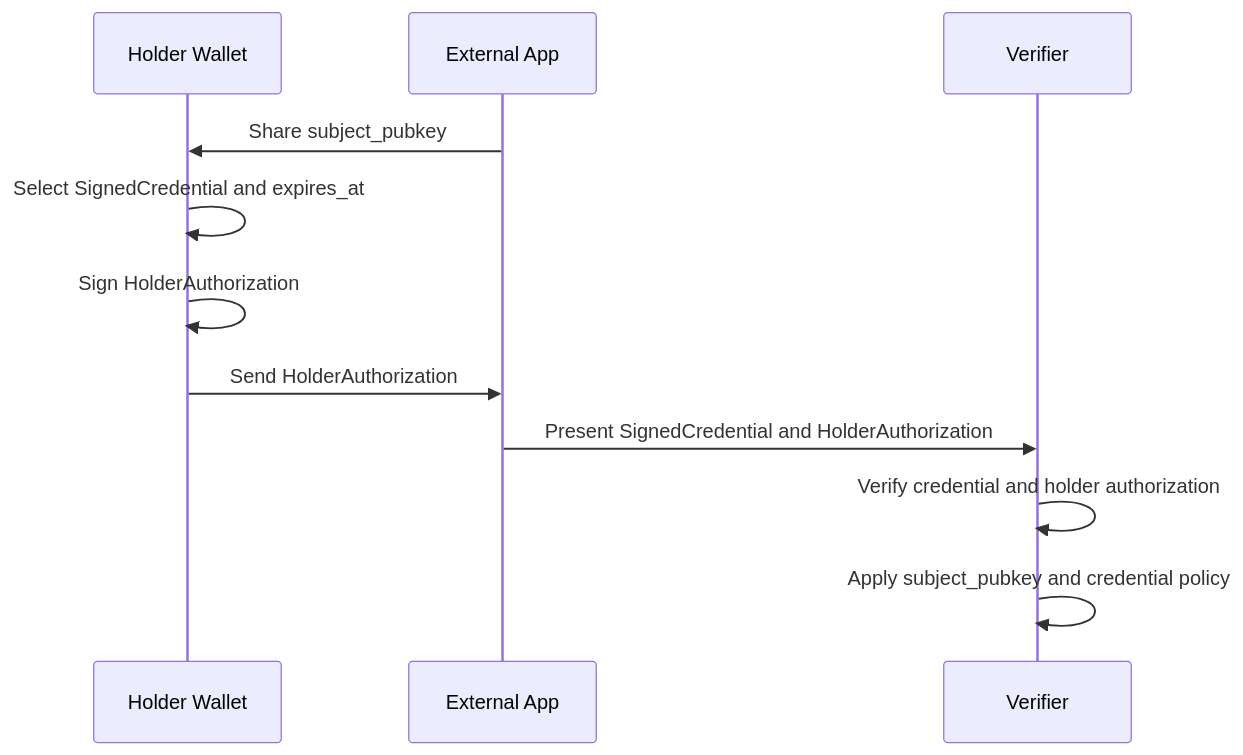
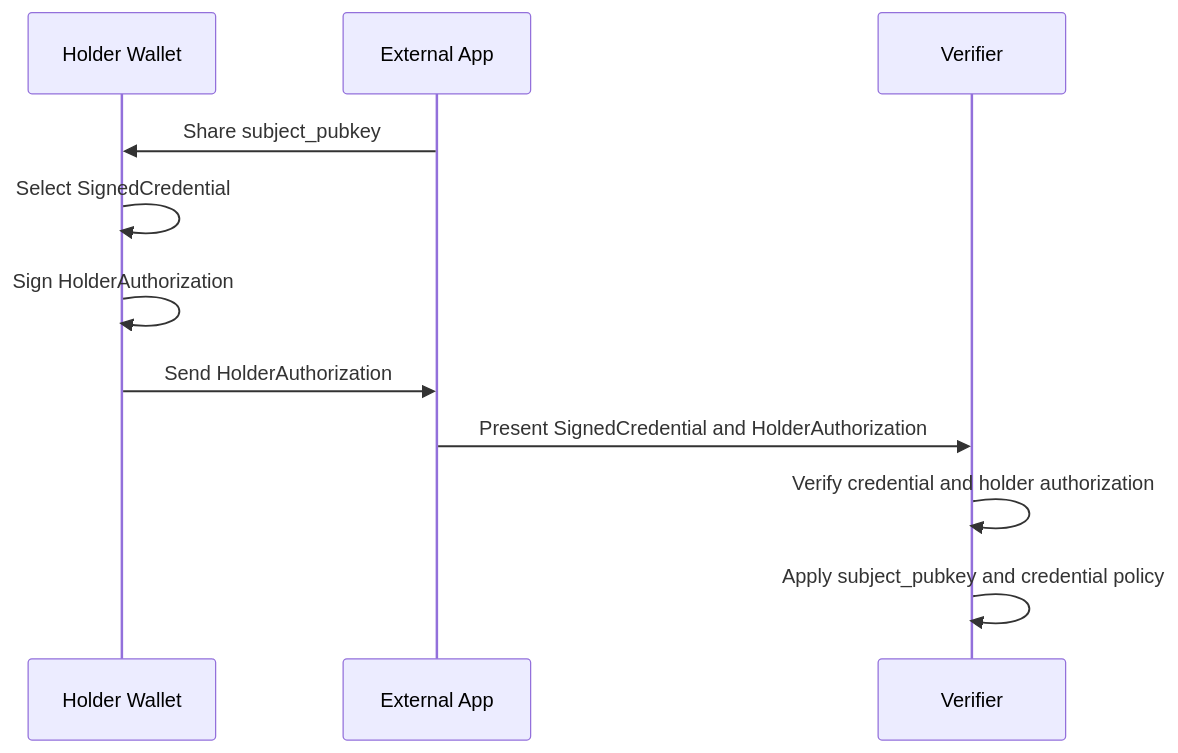
The third of 4 diagrams in docs/protocol-flow.md (fedibtc/credential-sdk), drawn with Mermaid before and after one commit. The commit also changed other lines of this file and 18 other files, not shown here.

````diff
--- a/docs/protocol-flow.md
+++ b/docs/protocol-flow.md
@@ -44,14 +44,14 @@
 ```mermaid
 sequenceDiagram
   participant W as Holder Wallet
   participant A as External App
   participant V as Verifier
 
   A->>W: Share subject_pubkey
-  W->>W: Select SignedCredential and expires_at
+  W->>W: Select SignedCredential
   W->>W: Sign HolderAuthorization
   W->>A: Send HolderAuthorization
   A->>V: Present SignedCredential and HolderAuthorization
   V->>V: Verify credential and holder authorization
   V->>V: Apply subject_pubkey and credential policy
 ```
````
